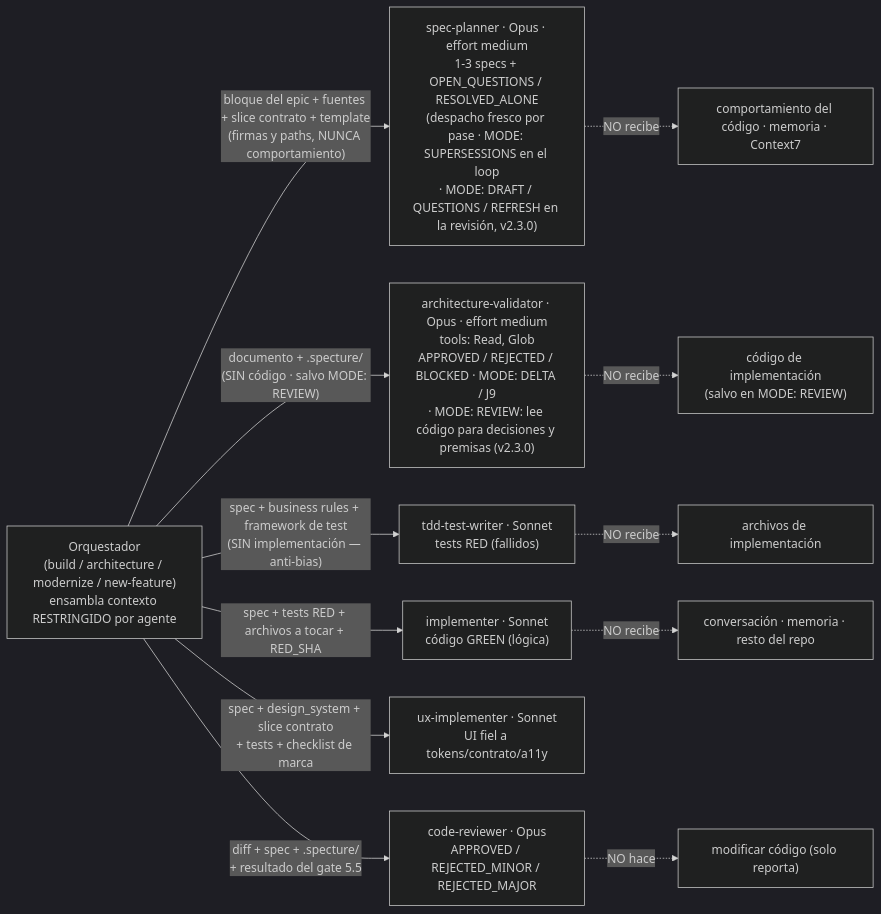
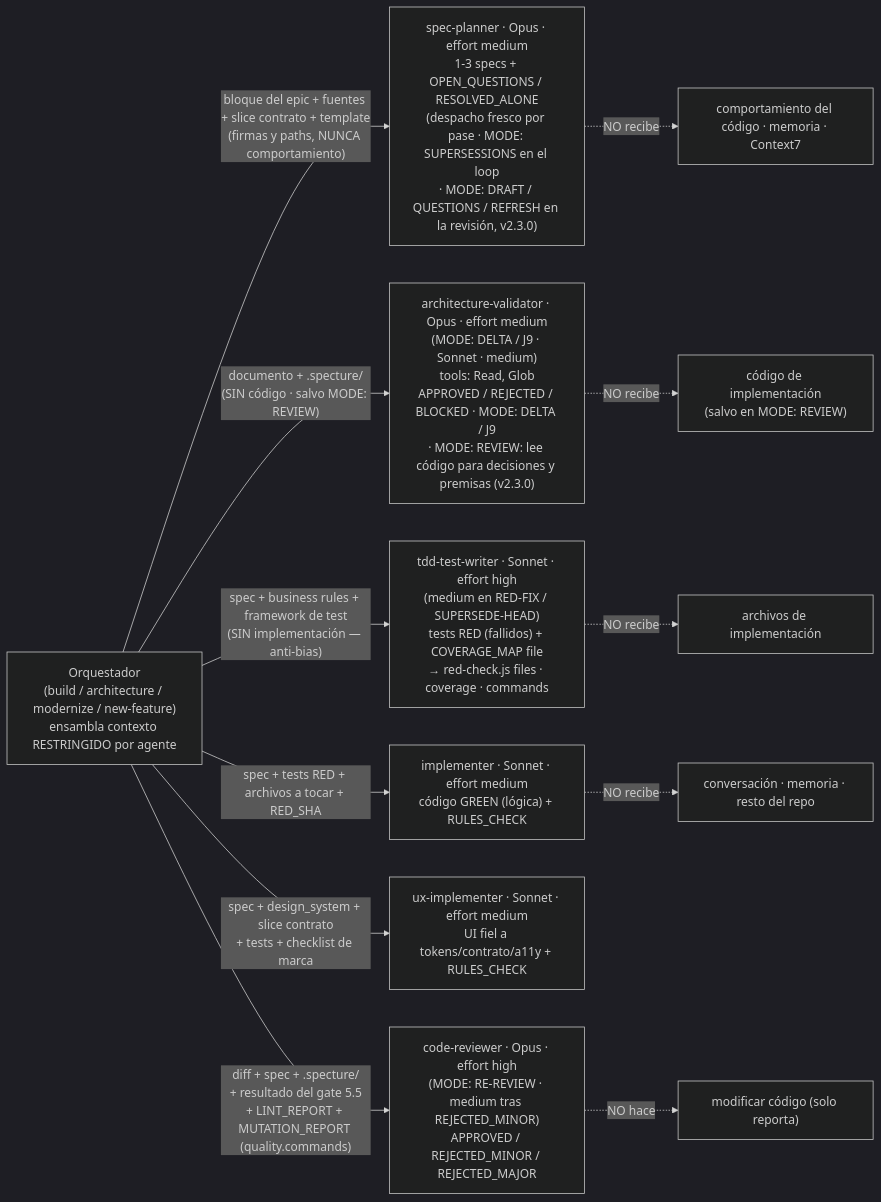
Before and after one commit to FerEscobarDev/Specture: the third of 25 diagrams in docs/execution-flows.md, drawn with Mermaid (dark theme). The commit also changed 11 other files, not shown here.

First line of the commit message:
docs(v2.8.0): changelog, FAQ, flujos, roadmap M10, baseline P2; tags de módulo y componentes robustos ante referencias

````diff
--- a/docs/execution-flows.md
+++ b/docs/execution-flows.md
@@ -109,17 +109,17 @@
 ```mermaid
 flowchart LR
     O["Orquestador<br/>(build / architecture / modernize / new-feature)<br/>ensambla contexto RESTRINGIDO por agente"]
 
     O -->|"bloque del epic + fuentes + slice contrato + template<br/>(firmas y paths, NUNCA comportamiento)"| SP["spec-planner · Opus · effort medium<br/>1-3 specs + OPEN_QUESTIONS / RESOLVED_ALONE<br/>(despacho fresco por pase · MODE: SUPERSESSIONS en el loop<br/>· MODE: DRAFT / QUESTIONS / REFRESH en la revisión, v2.3.0)"]
-    O -->|"documento + .specture/<br/>(SIN código · salvo MODE: REVIEW)"| AV["architecture-validator · Opus · effort medium<br/>tools: Read, Glob<br/>APPROVED / REJECTED / BLOCKED · MODE: DELTA / J9<br/>· MODE: REVIEW: lee código para decisiones y premisas (v2.3.0)"]
-    O -->|"spec + business rules + framework de test<br/>(SIN implementación — anti-bias)"| TW["tdd-test-writer · Sonnet<br/>tests RED (fallidos)"]
-    O -->|"spec + tests RED + archivos a tocar + RED_SHA"| IM["implementer · Sonnet<br/>código GREEN (lógica)"]
-    O -->|"spec + design_system + slice contrato<br/>+ tests + checklist de marca"| UX["ux-implementer · Sonnet<br/>UI fiel a tokens/contrato/a11y"]
-    O -->|"diff + spec + .specture/<br/>+ resultado del gate 5.5"| CR["code-reviewer · Opus<br/>APPROVED / REJECTED_MINOR / REJECTED_MAJOR"]
+    O -->|"documento + .specture/<br/>(SIN código · salvo MODE: REVIEW)"| AV["architecture-validator · Opus · effort medium<br/>(MODE: DELTA / J9 · Sonnet · medium)<br/>tools: Read, Glob<br/>APPROVED / REJECTED / BLOCKED · MODE: DELTA / J9<br/>· MODE: REVIEW: lee código para decisiones y premisas (v2.3.0)"]
+    O -->|"spec + business rules + framework de test<br/>(SIN implementación — anti-bias)"| TW["tdd-test-writer · Sonnet · effort high<br/>(medium en RED-FIX / SUPERSEDE-HEAD)<br/>tests RED (fallidos) + COVERAGE_MAP file<br/>→ red-check.js files · coverage · commands"]
+    O -->|"spec + tests RED + archivos a tocar + RED_SHA"| IM["implementer · Sonnet · effort medium<br/>código GREEN (lógica) + RULES_CHECK"]
+    O -->|"spec + design_system + slice contrato<br/>+ tests + checklist de marca"| UX["ux-implementer · Sonnet · effort medium<br/>UI fiel a tokens/contrato/a11y + RULES_CHECK"]
+    O -->|"diff + spec + .specture/<br/>+ resultado del gate 5.5<br/>+ LINT_REPORT + MUTATION_REPORT (quality.commands)"| CR["code-reviewer · Opus · effort high<br/>(MODE: RE-REVIEW · medium tras REJECTED_MINOR)<br/>APPROVED / REJECTED_MINOR / REJECTED_MAJOR"]
 
     SP -.->|"NO recibe"| X5["comportamiento del código · memoria · Context7"]
     AV -.->|"NO recibe"| X1["código de implementación<br/>(salvo en MODE: REVIEW)"]
     TW -.->|"NO recibe"| X2["archivos de implementación"]
     IM -.->|"NO recibe"| X3["conversación · memoria · resto del repo"]
     CR -.->|"NO hace"| X4["modificar código (solo reporta)"]
 ```
````
